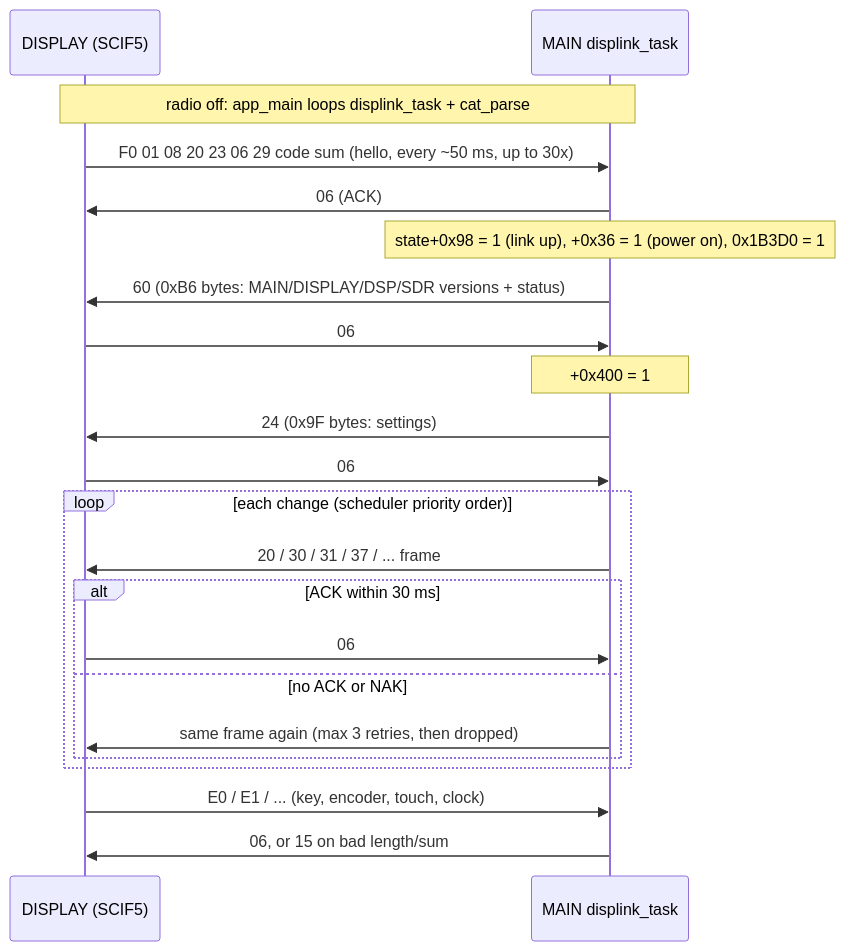
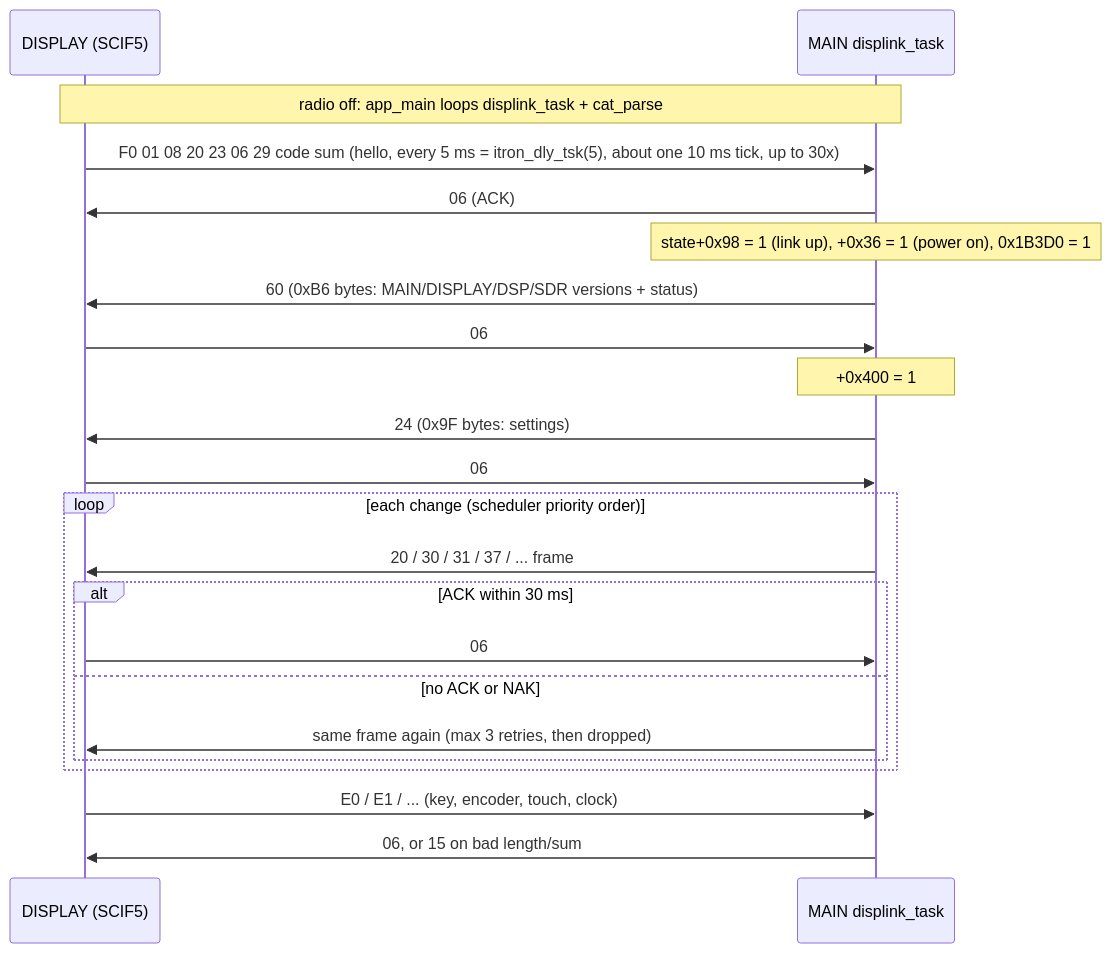
Before and after one commit to Reid-n0rc/FT-710_Firmware: the first of 2 diagrams in docs/code/main/display-link.md, drawn with Mermaid. The commit also changed other lines of this file and 6 other files, not shown here.

````diff
--- a/docs/code/main/display-link.md
+++ b/docs/code/main/display-link.md
@@ -67,24 +67,24 @@
 ```mermaid
 sequenceDiagram
   participant D as DISPLAY (SCIF5)
   participant M as MAIN displink_task
   Note over D,M: radio off: app_main loops displink_task + cat_parse
-  D->>M: F0 01 08 20 23 06 29 code sum (hello, every ~50 ms, up to 30x)
+  D->>M: F0 01 08 20 23 06 29 code sum (hello, every 5 ms = itron_dly_tsk(5), about one 10 ms tick, up to 30x)
   M->>D: 06 (ACK)
   Note over M: state+0x98 = 1 (link up), +0x36 = 1 (power on), 0x1B3D0 = 1
   M->>D: 60 (0xB6 bytes: MAIN/DISPLAY/DSP/SDR versions + status)
   D->>M: 06
   Note over M: +0x400 = 1
   M->>D: 24 (0x9F bytes: settings)
   D->>M: 06
   loop each change (scheduler priority order)
     M->>D: 20 / 30 / 31 / 37 / ... frame
     alt ACK within 30 ms
       D->>M: 06
     else no ACK or NAK
       M->>D: same frame again (max 3 retries, then dropped)
     end
   end
   D->>M: E0 / E1 / ... (key, encoder, touch, clock)
   M->>D: 06, or 15 on bad length/sum
 ```
````
